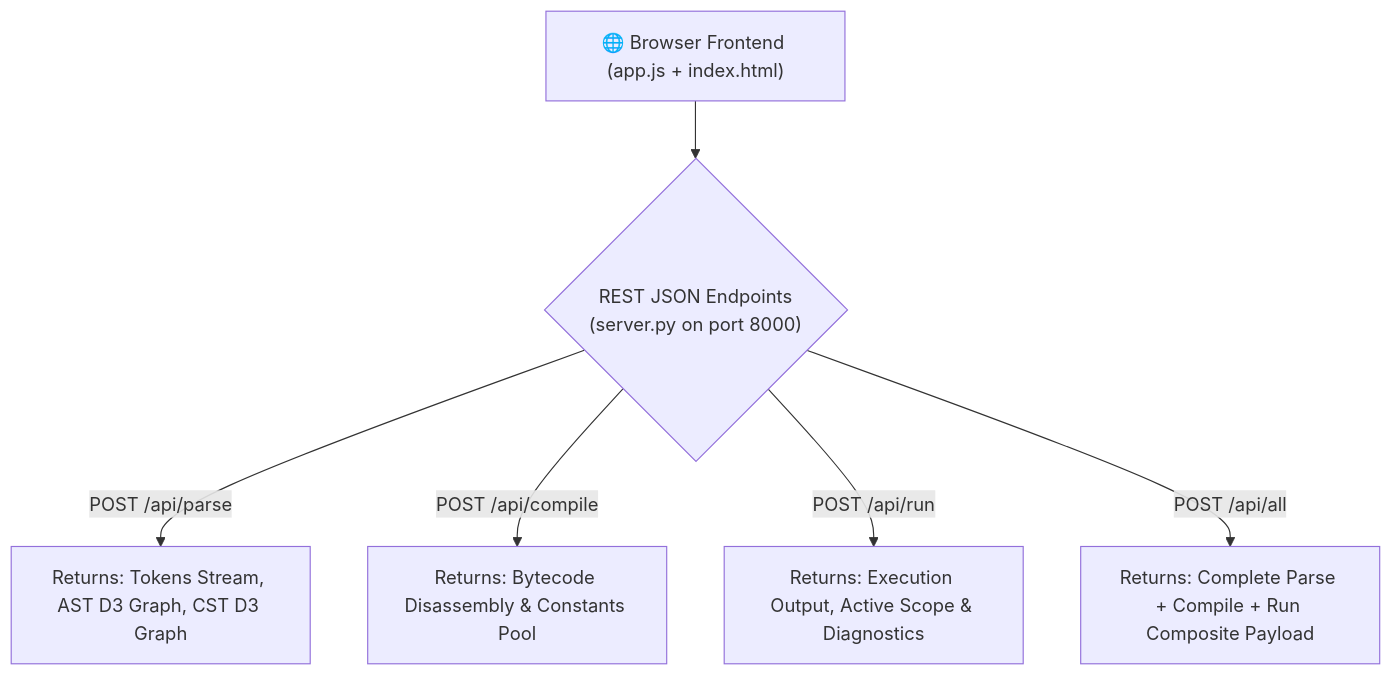
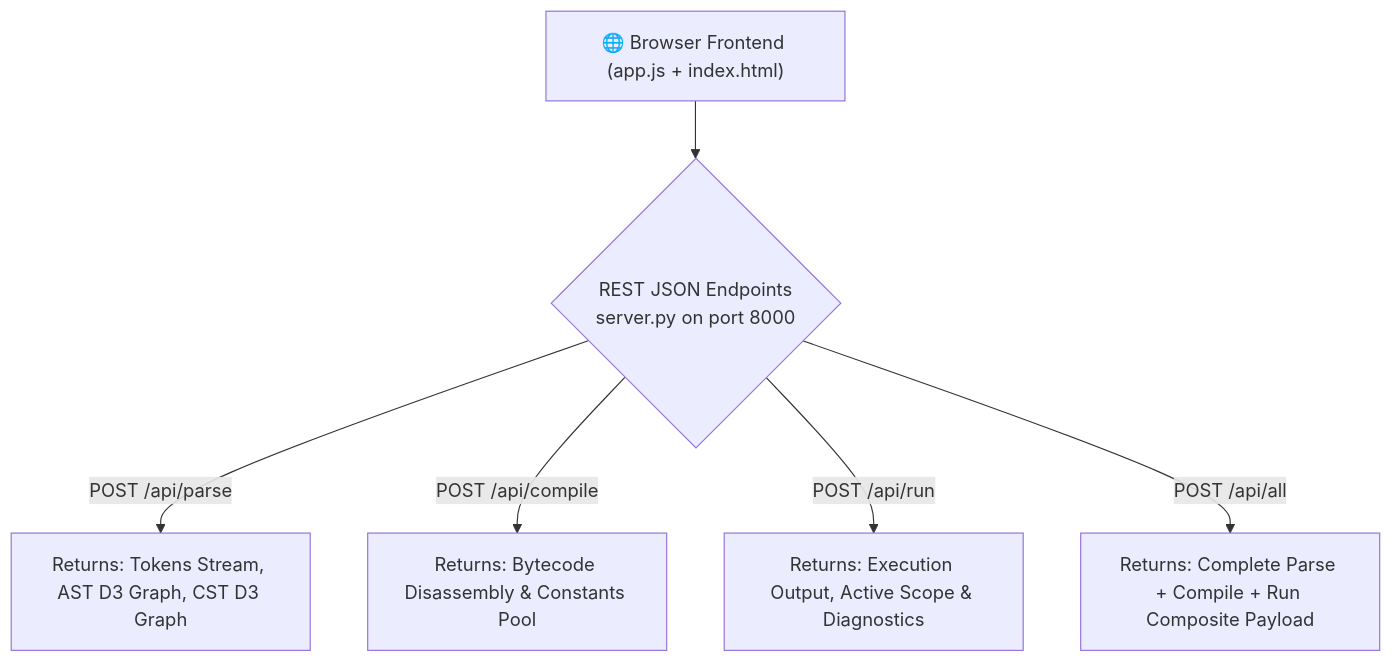
The sixth of 6 diagrams in ARCHITECTURE.md (Humble-Librarian/CHUD), drawn with Mermaid before and after one commit. The commit also changed other lines of this file, not shown here.

Commit message:
fix(docs): resolve GitHub Mermaid diagram edge and label parsing errors

````diff
--- a/ARCHITECTURE.md
+++ b/ARCHITECTURE.md
@@ -165,9 +165,9 @@
 ```mermaid
 flowchart TD
-    Client["🌐 Browser Frontend (app.js + index.html)"] --> API{"REST JSON Endpoints\n(server.py on port 8000)"}
+    Client["🌐 Browser Frontend (app.js + index.html)"] --> API{"REST JSON Endpoints<br>server.py on port 8000"}
     
-    API -- "POST /api/parse" --> PRes["Returns: Tokens Stream, AST D3 Graph, CST D3 Graph"]
-    API -- "POST /api/compile" --> CRes["Returns: Bytecode Disassembly & Constants Pool"]
-    API -- "POST /api/run" --> RRes["Returns: Execution Output, Active Scope & Diagnostics"]
-    API -- "POST /api/all" --> ARes["Returns: Complete Parse + Compile + Run Composite Payload"]
+    API -->|POST /api/parse| PRes["Returns: Tokens Stream, AST D3 Graph, CST D3 Graph"]
+    API -->|POST /api/compile| CRes["Returns: Bytecode Disassembly & Constants Pool"]
+    API -->|POST /api/run| RRes["Returns: Execution Output, Active Scope & Diagnostics"]
+    API -->|POST /api/all| ARes["Returns: Complete Parse + Compile + Run Composite Payload"]
 ```
````
